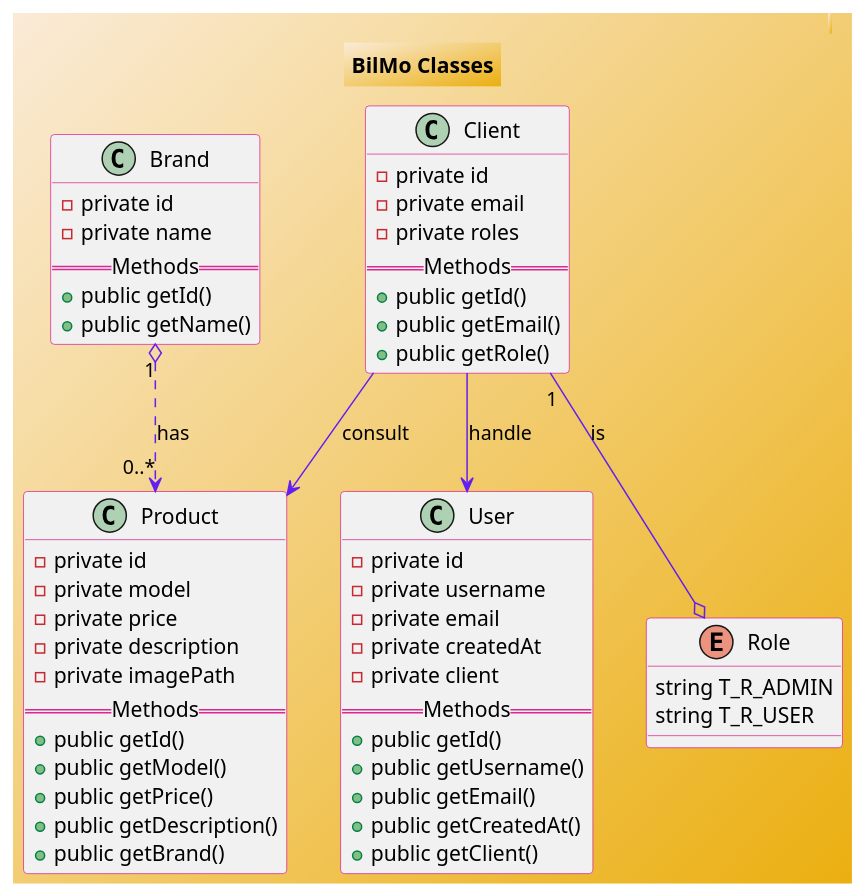
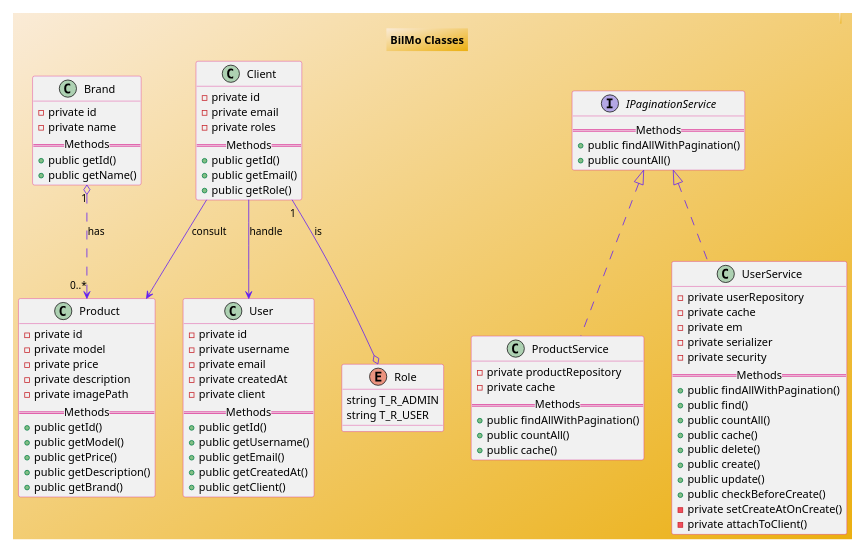
The diagram in diagrams/puml/clases.puml (ronan-develop/BilemO), drawn with PlantUML before and after one commit.

Commit message:
📊 Diagrams: forgotten services

```diff
--- a/diagrams/puml/clases.puml
+++ b/diagrams/puml/clases.puml
@@ -1,71 +1,106 @@
 @startuml Classes diagram
 
 skinparam backgroundcolor AntiqueWhite/#EBAF10
 scale 650 width
 
 skinparam class {
     ArrowColor #631FF2
     BorderColor #DB2790
 }
 
 header ""
 
 TITLE "BilMo Classes"
 
 class Brand {
     - private id
     - private name
     == Methods ==
     + public getId()
     + public getName()
+}
+
+class ProductService implements IPaginationService {
+    - private productRepository
+    - private cache
+    == Methods ==
+   + public findAllWithPagination()
+   + public countAll()
+   + public cache()
+}
+
+class UserService implements IPaginationService {
+    - private userRepository
+    - private cache
+    - private em
+    - private serializer
+    - private security
+    == Methods ==
+    + public findAllWithPagination()
+    + public find()
+    + public countAll()
+    + public cache()
+    + public delete()
+    + public create()
+    + public update()
+    + public checkBeforeCreate()
+    - private setCreateAtOnCreate()
+    - private attachToClient()
+}
+
+interface IPaginationService {
+    == Methods ==
+    + public findAllWithPagination()
+    + public countAll()
 }
 
 class Client {
     - private id
     - private email
     - private roles
     == Methods ==
     + public getId()
     + public getEmail()
     + public getRole()
 }
 
 class Product {
      - private id
      - private model
      - private price
      - private description
      - private imagePath
      == Methods ==
         + public getId()
         + public getModel()
         + public getPrice()
         + public getDescription()
         + public getBrand()
 }
 
 class User {
     - private id
     - private username
     - private email
     - private createdAt
     - private client
     == Methods ==
     + public getId()
     + public getUsername()
     + public getEmail()
     + public getCreatedAt()
     + public getClient()
 }
 '  enum class
 enum Role {
     string T_R_ADMIN
     string T_R_USER
 }
 
 Brand "1" o..> "0..*" Product:has
 Client "1" --o Role:is
 Client --> Product: consult
 Client --> User: handle
 
+
 @enduml
```
